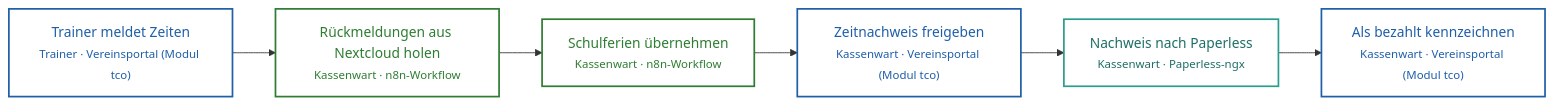
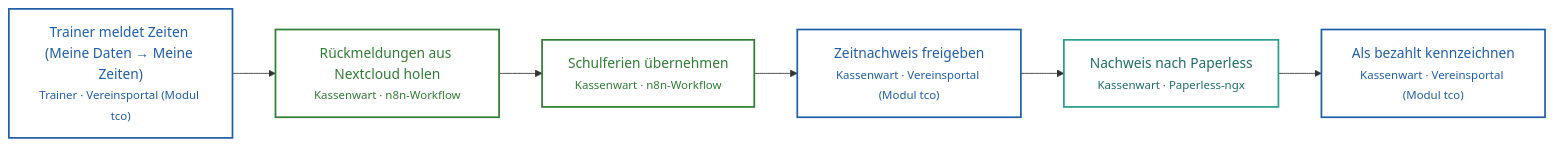
One commit to lautor80/Homeprojekt changed the fourth of 10 diagrams in docs/landschaft/level-2-prozesse.md. Above: the diagram before and after it, drawn with Mermaid. The commit also changed other lines of this file and 21 other files, not shown here.

First line of the commit message:
Projekte: Zeiterfassung (Meine Zeiten für Training und Projekt), Material als Kostenposition

````diff
--- a/docs/landschaft/level-2-prozesse.md
+++ b/docs/landschaft/level-2-prozesse.md
@@ -129,18 +129,18 @@
 ```mermaid
 flowchart LR
-  S0["Trainer meldet Zeiten<br/><small>Trainer · Vereinsportal (Modul tco)</small>"]:::portal
+  S0["Trainer meldet Zeiten (Meine Daten → Meine Zeiten)<br/><small>Trainer · Vereinsportal (Modul tco)</small>"]:::portal
   S1["Rückmeldungen aus Nextcloud holen<br/><small>Kassenwart · n8n-Workflow</small>"]:::n8n
   S0 --> S1
   S2["Schulferien übernehmen<br/><small>Kassenwart · n8n-Workflow</small>"]:::n8n
   S1 --> S2
   S3["Zeitnachweis freigeben<br/><small>Kassenwart · Vereinsportal (Modul tco)</small>"]:::portal
   S2 --> S3
   S4["Nachweis nach Paperless<br/><small>Kassenwart · Paperless-ngx</small>"]:::extern
   S3 --> S4
   S5["Als bezahlt kennzeichnen<br/><small>Kassenwart · Vereinsportal (Modul tco)</small>"]:::portal
   S4 --> S5
   classDef portal fill:#ffffff,stroke:#1f5fa8,stroke-width:2px,color:#1f5fa8
   classDef n8n fill:#ffffff,stroke:#2e7d32,stroke-width:2px,color:#2e7d32
   classDef extern fill:#ffffff,stroke:#2a9d8f,stroke-width:2px,color:#1d6f66
   classDef person fill:#ffffff,stroke:#7f7f7f,stroke-width:2px,stroke-dasharray:4 3,color:#404040
 ```
````
